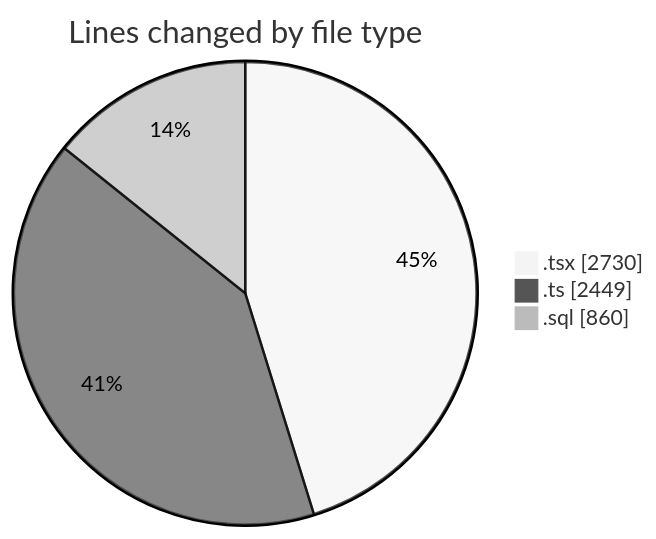
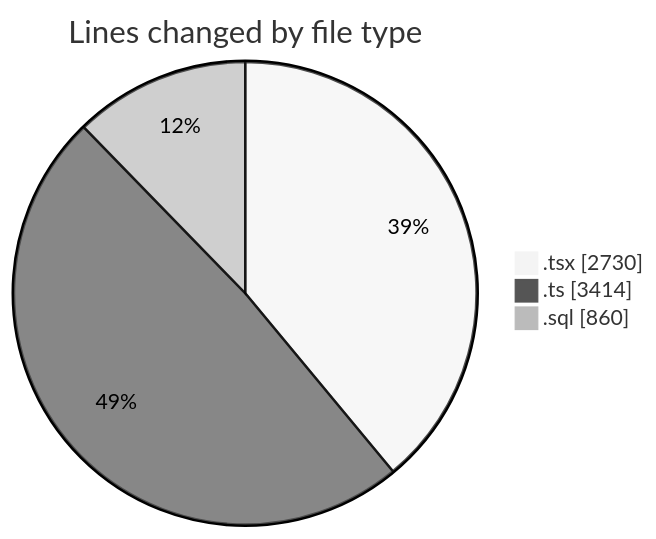
One commit to lephambinh05/code-tracking changed the first of 2 diagrams in 2025-09-05/hiai-phf/README.md. Above: the diagram before and after it, drawn with Mermaid (neutral theme). The commit also changed other lines of this file and 1 other file, not shown here.

````diff
--- a/2025-09-05/hiai-phf/README.md
+++ b/2025-09-05/hiai-phf/README.md
@@ -67,7 +71,7 @@
 ```mermaid
 pie showData
 title Lines changed by file type
 ".tsx" : 2730
-".ts" : 2449
+".ts" : 3414
 ".sql" : 860
 ```
````
